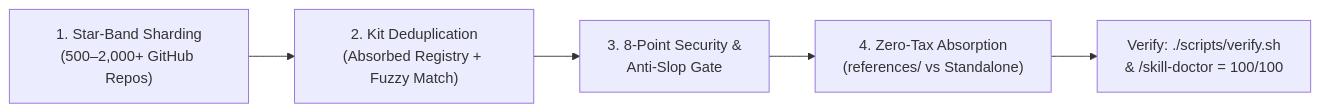
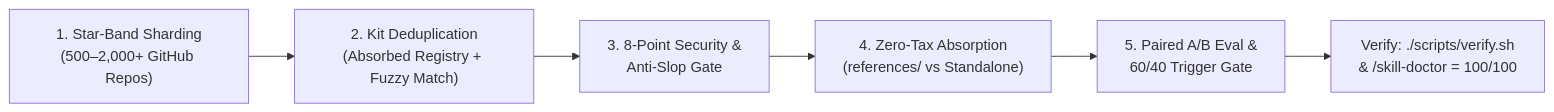
One commit to khanhduong22/agent-harness-kit changed the diagram in skills/skill-harvester/SKILL.md. Above: the diagram before and after it, drawn with Mermaid. The commit also changed other lines of this file and 30 other files, not shown here.

Commit message:
feat(skills): absorb anthropics/skills (skill-creator eval suite, mcp-builder v2, doc-coauthoring, discernment-nudge, webapp-testing) with zero context bloat

````diff
--- a/skills/skill-harvester/SKILL.md
+++ b/skills/skill-harvester/SKILL.md
@@ -50,7 +50,8 @@
 ```mermaid
 flowchart LR
     S1["1. Star-Band Sharding<br/>(500–2,000+ GitHub Repos)"] --> S2["2. Kit Deduplication<br/>(Absorbed Registry + Fuzzy Match)"]
     S2 --> S3["3. 8-Point Security &<br/>Anti-Slop Gate"]
     S3 --> S4["4. Zero-Tax Absorption<br/>(references/ vs Standalone)"]
-    S4 --> V["Verify: ./scripts/verify.sh<br/>& /skill-doctor = 100/100"]
+    S4 --> S5["5. Paired A/B Eval &<br/>60/40 Trigger Gate"]
+    S5 --> V["Verify: ./scripts/verify.sh<br/>& /skill-doctor = 100/100"]
 ```
````
